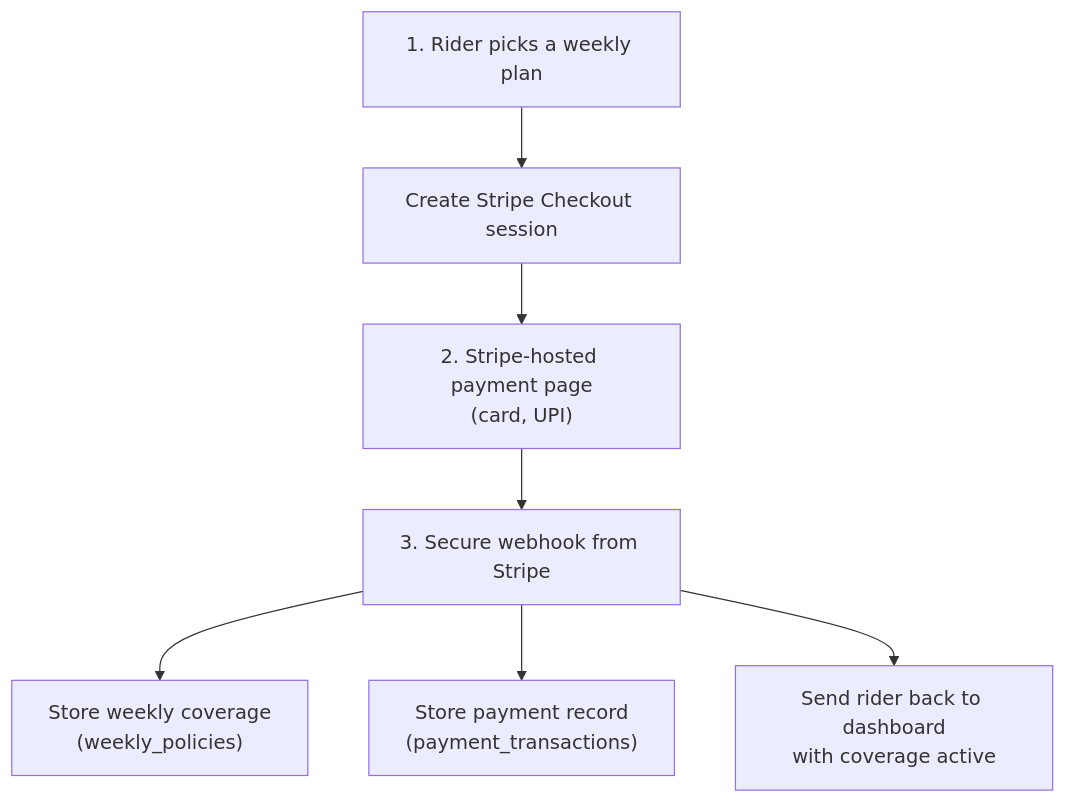
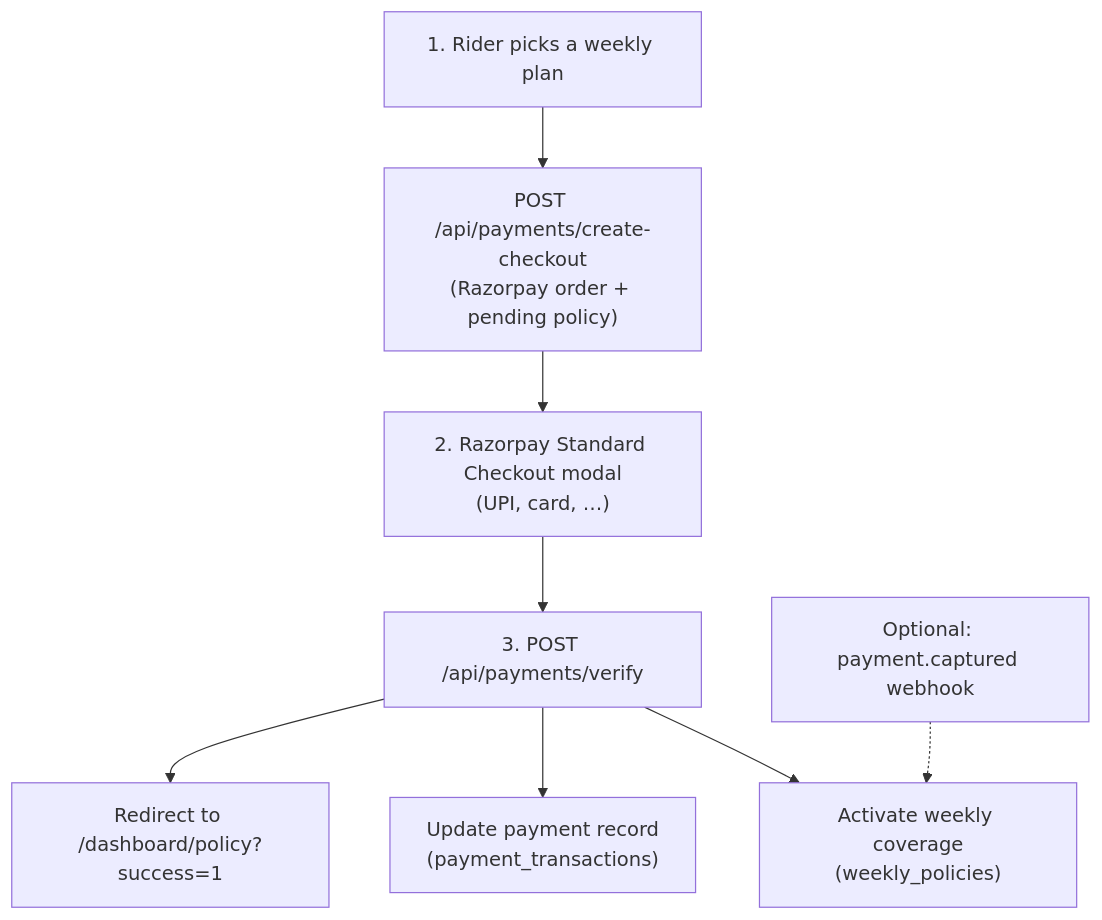
One commit to lohitkolluri/Oasis changed the third of 4 diagrams in Docs/src/content/docs/architecture.mdx. Above: the diagram before and after it, drawn with Mermaid. The commit also changed other lines of this file and 12 other files, not shown here.

Commit message:
📚 Razorpay demo payments docs + README

````diff
--- a/Docs/src/content/docs/architecture.mdx
+++ b/Docs/src/content/docs/architecture.mdx
@@ -71,9 +71,10 @@
 ```mermaid
 flowchart TB
-    UI["1. Rider picks a weekly plan"] --> CC["Create Stripe Checkout session"]
-    CC --> SC["2. Stripe-hosted payment page<br/>(card, UPI)"]
-    SC --> WH["3. Secure webhook from Stripe"]
-    WH --> WP["Store weekly coverage<br/>(weekly_policies)"]
-    WH --> PT["Store payment record<br/>(payment_transactions)"]
-    WH --> RD["Send rider back to dashboard<br/>with coverage active"]
+    UI["1. Rider picks a weekly plan"] --> CC["POST /api/payments/create-checkout<br/>(Razorpay order + pending policy)"]
+    CC --> SC["2. Razorpay Standard Checkout modal<br/>(UPI, card, …)"]
+    SC --> V["3. POST /api/payments/verify"]
+    V --> WP["Activate weekly coverage<br/>(weekly_policies)"]
+    V --> PT["Update payment record<br/>(payment_transactions)"]
+    V --> RD["Redirect to /dashboard/policy?success=1"]
+    WH["Optional: payment.captured webhook"] -.-> WP
 ```
````
